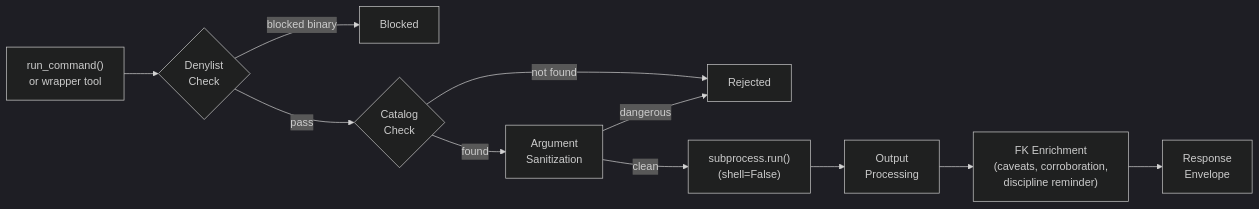
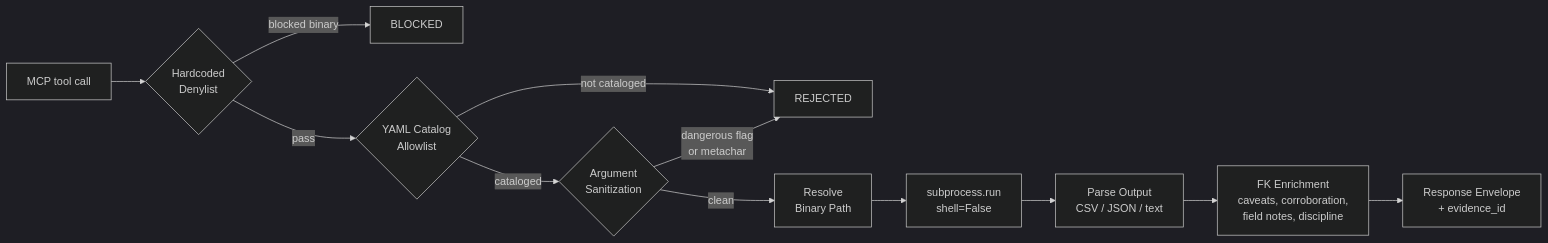
One commit to AppliedIR/wintools-mcp changed the second of 3 diagrams in README.md. Above: the diagram before and after it, drawn with Mermaid (dark theme). The commit also changed other lines of this file, not shown here.

Commit message:
rewrite README with code-verified content and architecture diagrams

````diff
--- a/README.md
+++ b/README.md
@@ -297,13 +97,14 @@
 ```mermaid
 graph LR
-    REQ["run_command()<br/>or wrapper tool"] --> DENY{"Denylist<br/>Check"}
-    DENY -->|"blocked binary"| BLOCK[Blocked]
-    DENY -->|"pass"| CAT{"Catalog<br/>Check"}
-    CAT -->|"not found"| REJECT[Rejected]
-    CAT -->|"found"| SANITIZE["Argument<br/>Sanitization"]
-    SANITIZE -->|"dangerous"| REJECT
-    SANITIZE -->|"clean"| EXEC["subprocess.run()<br/>(shell=False)"]
-    EXEC --> PARSE["Output<br/>Processing"]
-    PARSE --> ENRICH["FK Enrichment<br/>(caveats, corroboration,<br/>discipline reminder)"]
-    ENRICH --> RESP["Response<br/>Envelope"]
+    REQ["MCP tool call"] --> DENY{"Hardcoded<br/>Denylist"}
+    DENY -->|"blocked binary"| BLOCK["BLOCKED"]
+    DENY -->|"pass"| CAT{"YAML Catalog<br/>Allowlist"}
+    CAT -->|"not cataloged"| REJECT["REJECTED"]
+    CAT -->|"cataloged"| SANITIZE{"Argument<br/>Sanitization"}
+    SANITIZE -->|"dangerous flag<br/>or metachar"| REJECT
+    SANITIZE -->|"clean"| RESOLVE["Resolve<br/>Binary Path"]
+    RESOLVE --> EXEC["subprocess.run<br/>shell=False"]
+    EXEC --> PARSE["Parse Output<br/>CSV / JSON / text"]
+    PARSE --> ENRICH["FK Enrichment<br/>caveats, corroboration,<br/>field notes, discipline"]
+    ENRICH --> RESP["Response Envelope<br/>+ evidence_id"]
 ```
````
